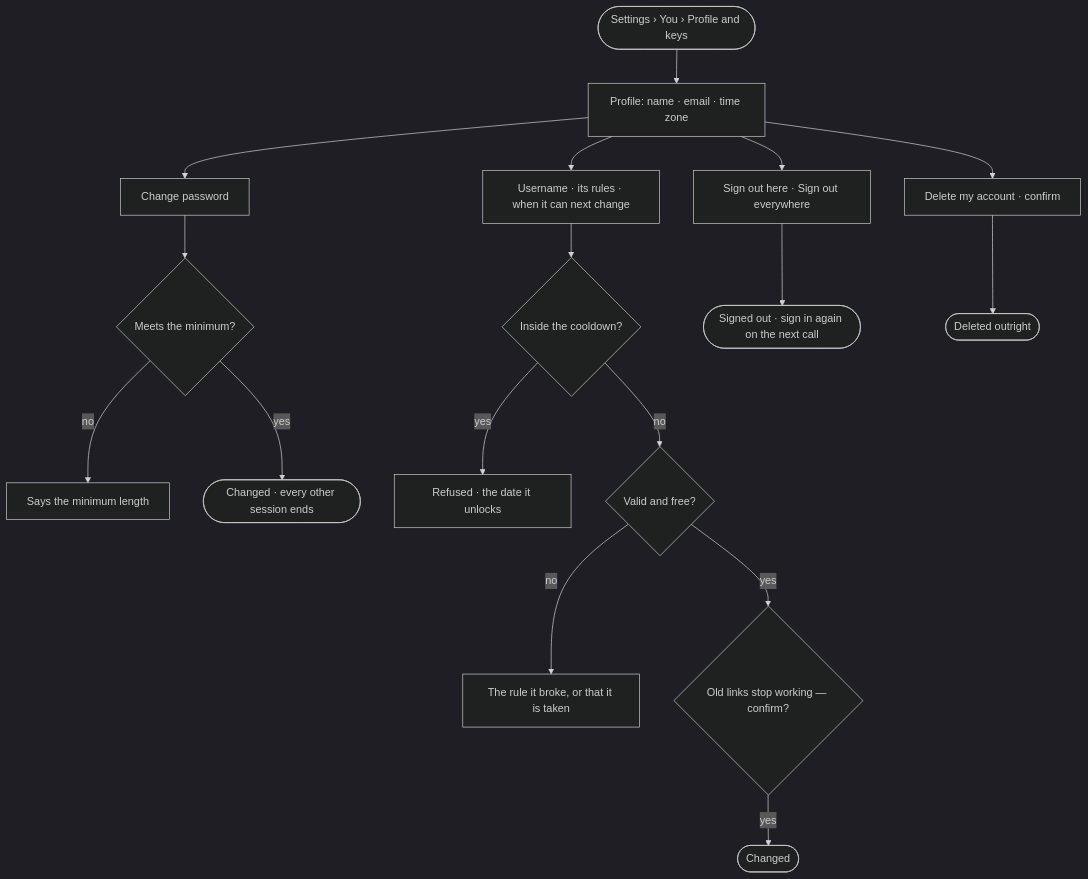
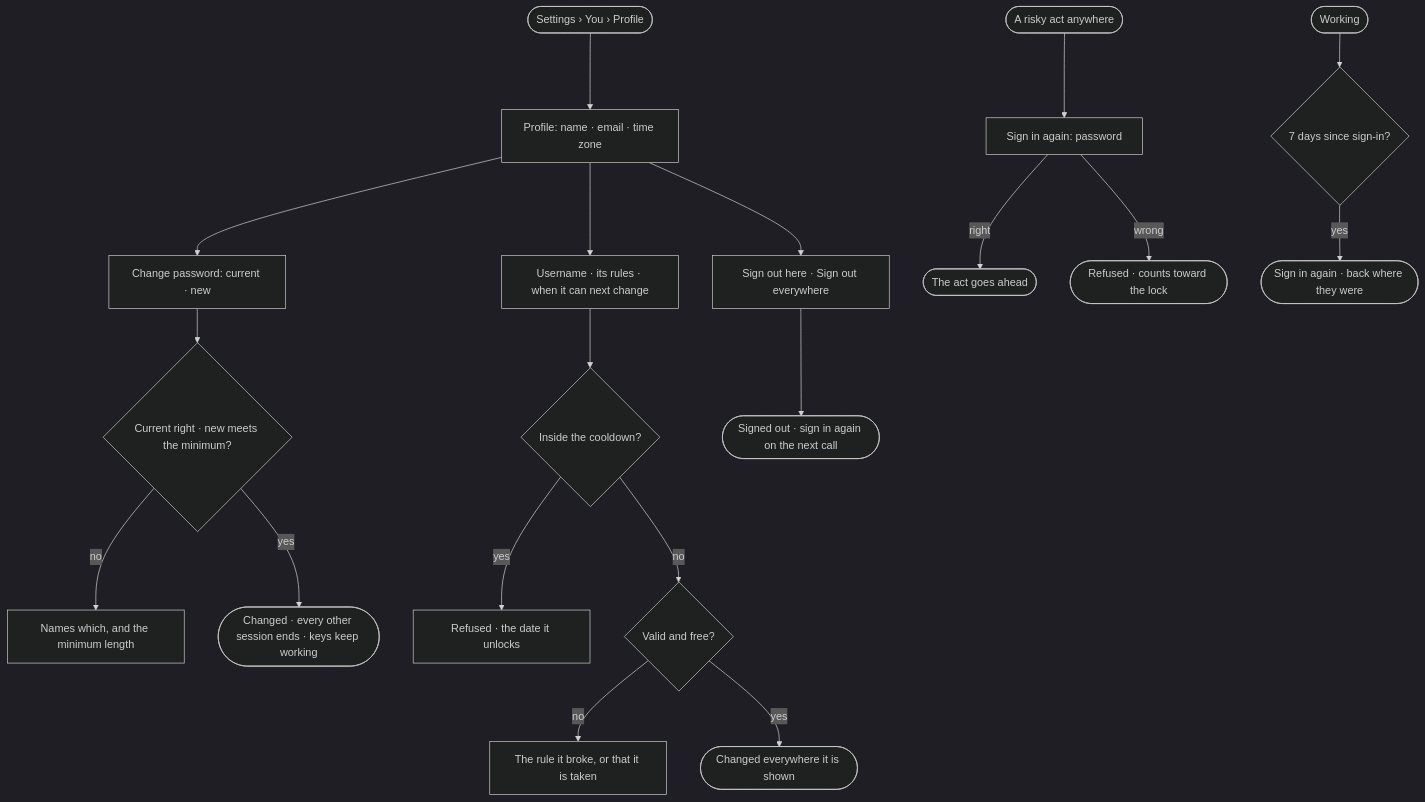
One commit to invana/invana changed the diagram in specs/os/access/features/AC-F01-sign-in-account-and-sessions/stories/AC-02-keep-my-account-username-and-sessions-in-order/story.md. Above: the diagram before and after it, drawn with Mermaid (dark theme). The commit also changed other lines of this file and 522 other files, not shown here.

````diff
--- a/specs/os/access/features/AC-F01-sign-in-account-and-sessions/stories/AC-02-keep-my-account-username-and-sessions-in-order/story.md
+++ b/specs/os/access/features/AC-F01-sign-in-account-and-sessions/stories/AC-02-keep-my-account-username-and-sessions-in-order/story.md
@@ -27,19 +27,21 @@
 ```mermaid
 flowchart TD
-  s([Settings › You › Profile and keys]) --> p["Profile: name · email · time zone"]
-  p --> pw["Change password"]
-  pw --> pv{"Meets the minimum?"}
-  pv -->|no| pf["Says the minimum length"]
-  pv -->|yes| po(["Changed · every other session ends"])
+  s([Settings › You › Profile]) --> p["Profile: name · email · time zone"]
+  p --> pw["Change password: current · new"]
+  pw --> pv{"Current right · new meets the minimum?"}
+  pv -->|no| pf["Names which, and the minimum length"]
+  pv -->|yes| po(["Changed · every other session ends · keys keep working"])
   p --> u["Username · its rules · when it can next change"]
   u --> uc{"Inside the cooldown?"}
   uc -->|yes| ud["Refused · the date it unlocks"]
   uc -->|no| uv{"Valid and free?"}
   uv -->|no| ur["The rule it broke, or that it is taken"]
-  uv -->|yes| uw{"Old links stop working — confirm?"}
-  uw -->|yes| ok(["Changed"])
+  uv -->|yes| ok(["Changed everywhere it is shown"])
   p --> se["Sign out here · Sign out everywhere"]
   se --> sd(["Signed out · sign in again on the next call"])
-  p --> dl["Delete my account · confirm"]
-  dl --> gone(["Deleted outright"])
+  w([A risky act anywhere]) --> ag["Sign in again: password"]
+  ag -->|right| go(["The act goes ahead"])
+  ag -->|wrong| no(["Refused · counts toward the lock"])
+  r([Working]) --> life{"7 days since sign-in?"}
+  life -->|yes| end7(["Sign in again · back where they were"])
 ```
````
